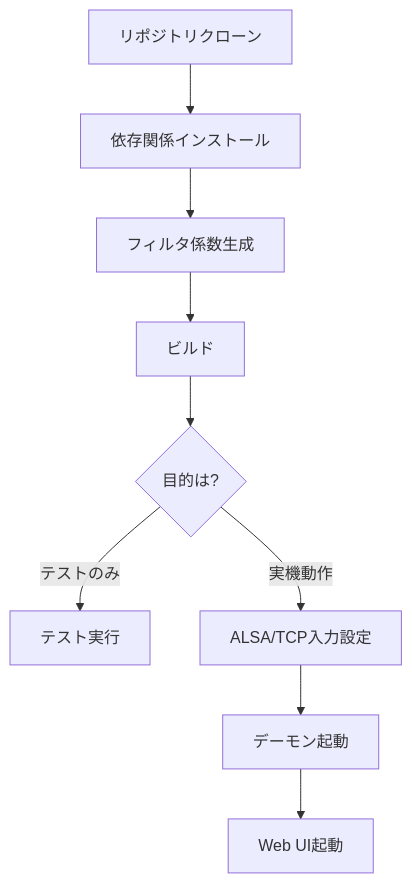
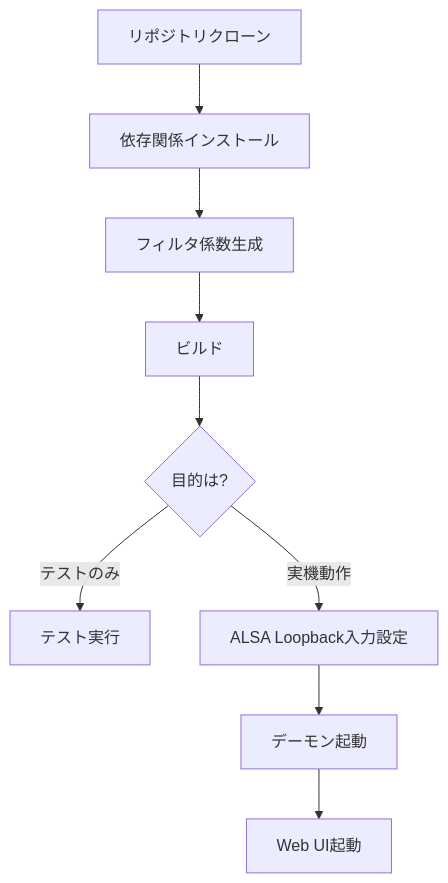
One commit to michihitoTakami/totton_audio_project changed the diagram in docs/setup/README.md. Above: the diagram before and after it, drawn with Mermaid. The commit also changed other lines of this file and 30 other files, not shown here.

````diff
--- a/docs/setup/README.md
+++ b/docs/setup/README.md
@@ -68,11 +68,11 @@
 ```mermaid
 flowchart TD
     A[リポジトリクローン] --> B[依存関係インストール]
     B --> C[フィルタ係数生成]
     C --> D[ビルド]
     D --> E{目的は?}
     E -->|テストのみ| F[テスト実行]
-    E -->|実機動作| G[ALSA/TCP入力設定]
+    E -->|実機動作| G[ALSA Loopback入力設定]
     G --> H[デーモン起動]
     H --> I[Web UI起動]
 ```
````
